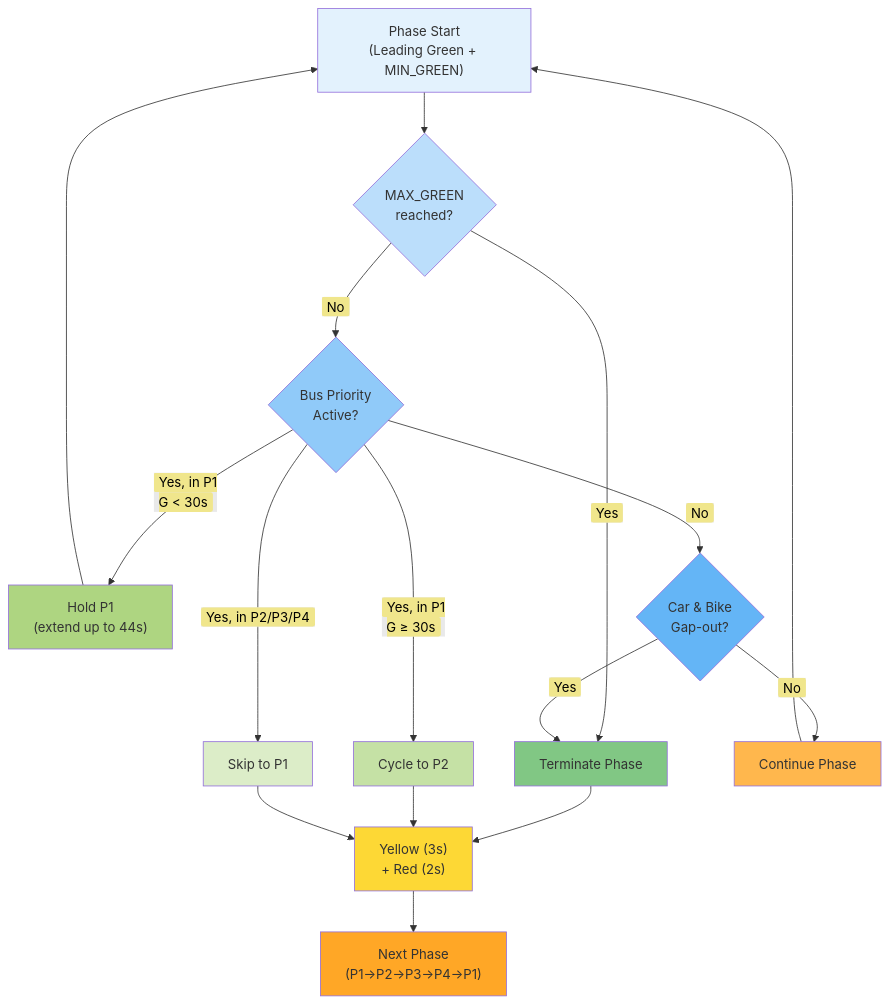
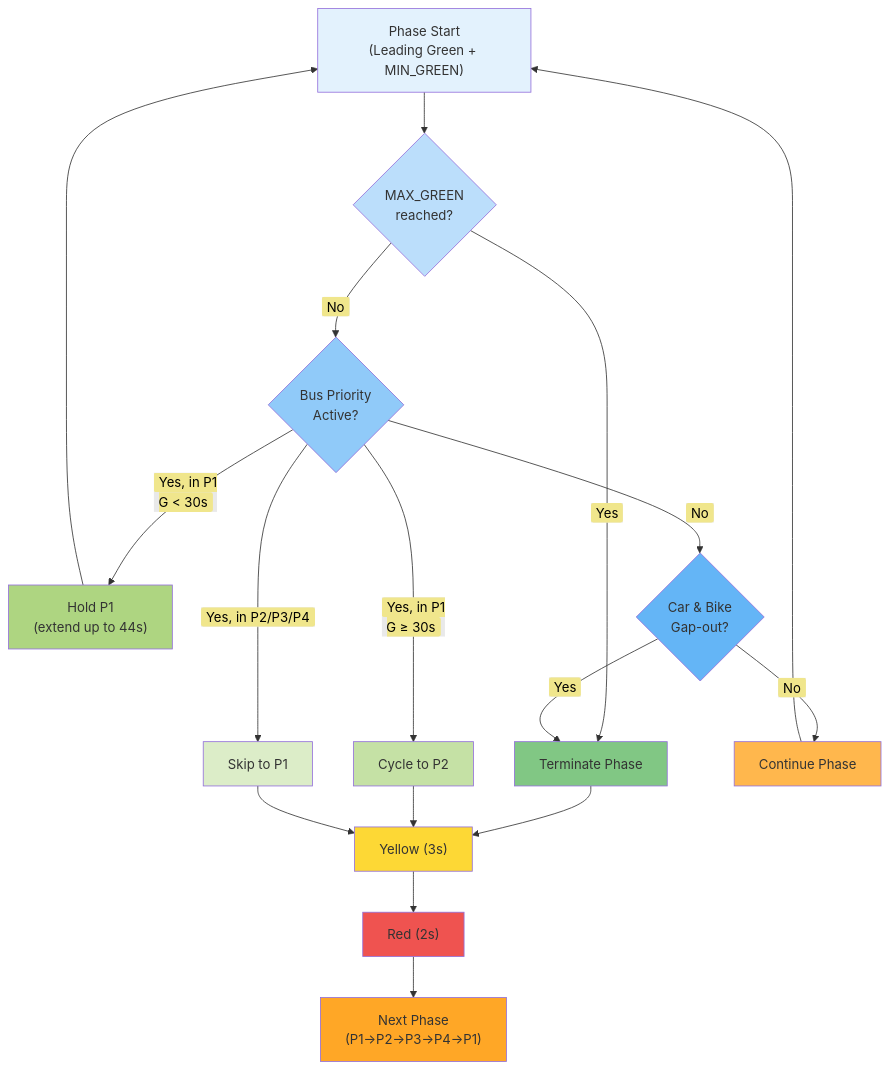
The fourth of 7 diagrams in papers/Rule_Based_Control_DEV.md (Chaklader/SignalSyncPro), drawn with Mermaid before and after one commit. The commit also changed other lines of this file, not shown here.

````diff
--- a/papers/Rule_Based_Control_DEV.md
+++ b/papers/Rule_Based_Control_DEV.md
@@ -208,41 +208,43 @@
 ```mermaid
 flowchart TD
     Start["Phase Start<br>(Leading Green + MIN_GREEN)"] --> Check1{"MAX_GREEN<br>reached?"}
 
     Check1 -->|<span style='background-color:khaki; color:black; padding:2px 6px; border-radius:3px'>Yes</span>| Terminate["Terminate Phase"]
 
     Check1 -->|<span style='background-color:khaki; color:black; padding:2px 6px; border-radius:3px'>No</span>| Check2{"Bus Priority<br>Active?"}
 
     Check2 -->|<span style='background-color:khaki; color:black; padding:2px 6px; border-radius:3px'>Yes, in P1<br>G < 30s</span>| Hold["Hold P1<br>(extend up to 44s)"]
 
     Check2 -->|<span style='background-color:khaki; color:black; padding:2px 6px; border-radius:3px'>Yes, in P1<br>G ≥ 30s</span>| Cycle["Cycle to P2"]
 
     Check2 -->|<span style='background-color:khaki; color:black; padding:2px 6px; border-radius:3px'>Yes, in P2/P3/P4</span>| Skip["Skip to P1"]
 
     Check2 -->|<span style='background-color:khaki; color:black; padding:2px 6px; border-radius:3px'>No</span>| Check3{"Car & Bike<br>Gap-out?"}
 
     Check3 -->|<span style='background-color:khaki; color:black; padding:2px 6px; border-radius:3px'>Yes</span>| Terminate
 
     Check3 -->|<span style='background-color:khaki; color:black; padding:2px 6px; border-radius:3px'>No</span>| Continue["Continue Phase"]
 
     Continue --> Start
     Hold --> Start
 
-    Terminate --> Change["Yellow (3s)<br>+ Red (2s)"]
+    Terminate --> Change["Yellow (3s)"]
     Cycle --> Change
     Skip --> Change
 
-    Change --> Next["Next Phase<br>(P1→P2→P3→P4→P1)"]
+    Change --> Red["Red (2s)"]
+    Red --> Next["Next Phase<br>(P1→P2→P3→P4→P1)"]
 
     style Start fill:#E3F2FD
     style Check1 fill:#BBDEFB
     style Check2 fill:#90CAF9
     style Check3 fill:#64B5F6
     style Terminate fill:#81C784
     style Hold fill:#AED581
     style Cycle fill:#C5E1A5
     style Skip fill:#DCEDC8
     style Continue fill:#FFB74D
     style Change fill:#FDD835
     style Next fill:#FFA726
+    style Red fill:#EF5350
 ```
````
